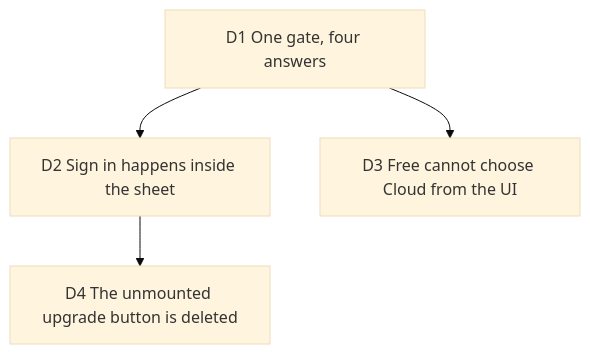
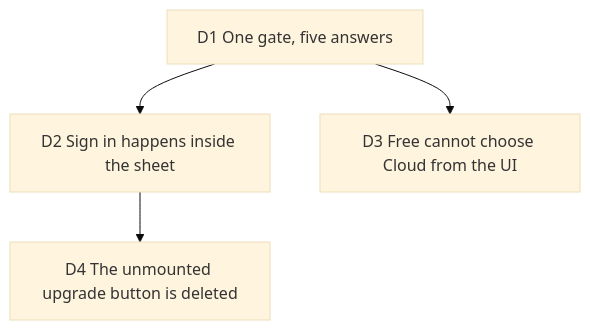
The diagram in docs/decisions/2026-10-13-hosted-render-sheet.md (delhombre/typelapse), drawn with Mermaid (base theme) before and after one commit. The commit also changed other lines of this file and 11 other files, not shown here.

````diff
--- a/docs/decisions/2026-10-13-hosted-render-sheet.md
+++ b/docs/decisions/2026-10-13-hosted-render-sheet.md
@@ -7,6 +7,6 @@
 ```mermaid
 flowchart TD
-  D1["D1 One gate, four answers"] --> D2["D2 Sign in happens inside the sheet"]
+  D1["D1 One gate, five answers"] --> D2["D2 Sign in happens inside the sheet"]
   D1 --> D3["D3 Free cannot choose Cloud from the UI"]
   D2 --> D4["D4 The unmounted upgrade button is deleted"]
 ```
````
